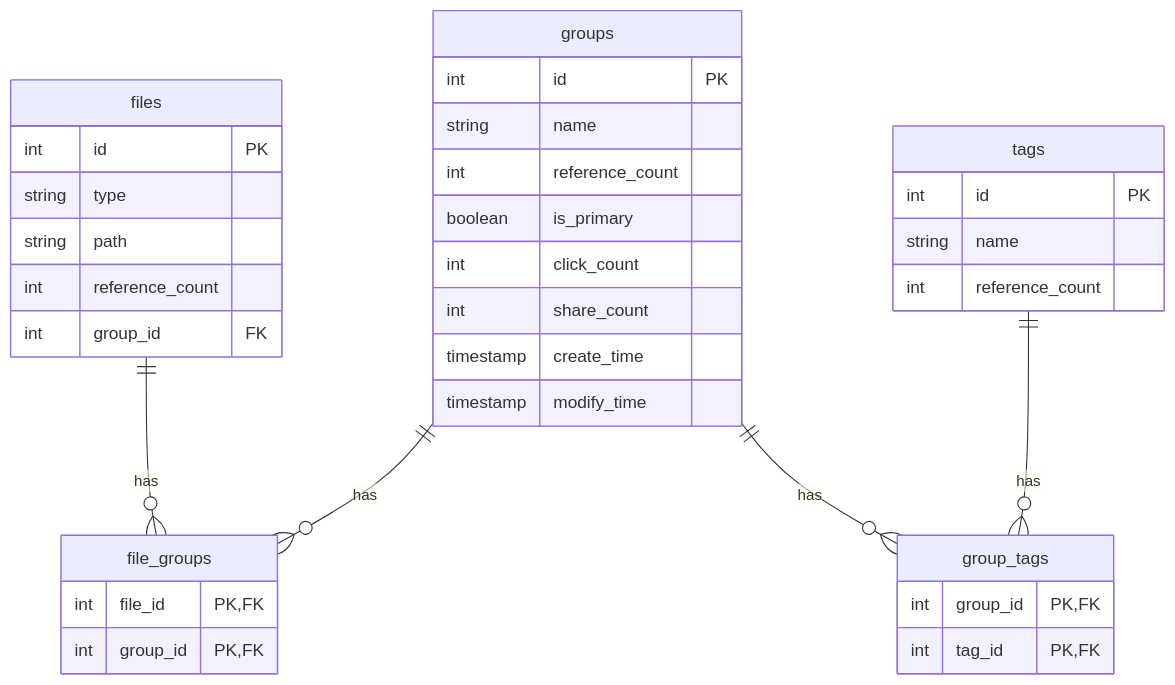
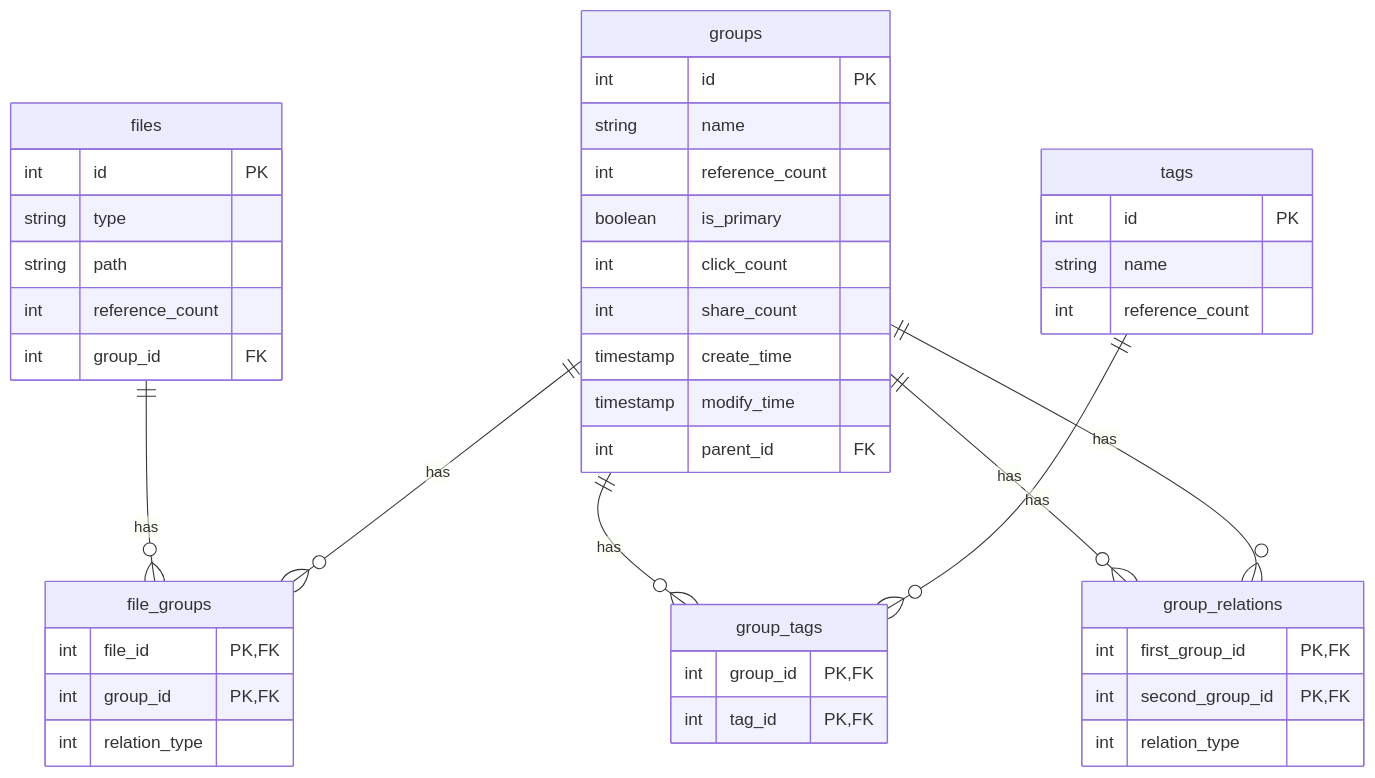
The diagram in project_structure.md (DataEraserC/FileClassificationSolutions), drawn with Mermaid before and after one commit. The commit also changed 3 other files, not shown here.

Commit message:
chore(docs): 更新文档以反映新的层级组结构设计 - 更新了README和项目结构文档中的数据库设计说明 - 更新了ER图以包含group_relations表

````diff
--- a/project_structure.md
+++ b/project_structure.md
@@ -168,42 +168,52 @@
 ```mermaid
 erDiagram
     files ||--o{ file_groups : has
     groups ||--o{ file_groups : has
     groups ||--o{ group_tags : has
     tags ||--o{ group_tags : has
+    groups ||--o{ group_relations : has
+    groups ||--o{ group_relations : has
     
     files {
         int id PK
         string type
         string path
         int reference_count
         int group_id FK
     }
     
     groups {
         int id PK
         string name
         int reference_count
         boolean is_primary
         int click_count
         int share_count
         timestamp create_time
         timestamp modify_time
+        int parent_id FK
     }
     
     file_groups {
         int file_id PK,FK
         int group_id PK,FK
+        int relation_type
     }
     
     tags {
         int id PK
         string name
         int reference_count
     }
     
     group_tags {
         int group_id PK,FK
         int tag_id PK,FK
     }
+    
+    group_relations {
+        int first_group_id PK,FK
+        int second_group_id PK,FK
+        int relation_type
+    }
 ```
````
